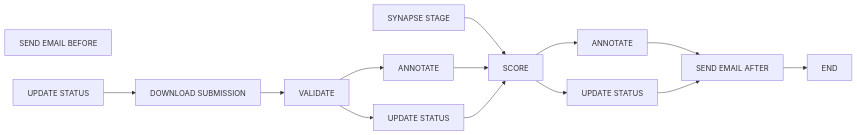
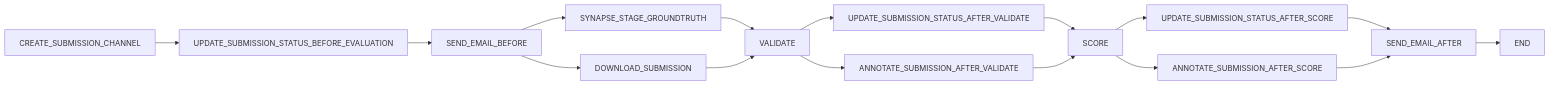
One commit to mdsage1/nf-synapse-challenge changed the second of 2 diagrams in README.md. Above: the diagram before and after it, drawn with Mermaid. The commit also changed other lines of this file and 8 other files, not shown here.

First line of the commit message:
[DPE-1267] reintroduce send_email_before (#48)

````diff
--- a/README.md
+++ b/README.md
@@ -260,16 +203,28 @@
 ```mermaid
-  flowchart LR;
-    L[SEND EMAIL BEFORE];
-    A[SYNAPSE STAGE]-->G[SCORE];
-    B[UPDATE STATUS]-->C[DOWNLOAD SUBMISSION];
-    C-->D[VALIDATE];
-    D-->E[ANNOTATE];
-    D-->F[UPDATE STATUS];
-    E-->G;
-    F-->G;
-    G-->H[ANNOTATE];
-    G-->I[UPDATE STATUS];
-    H-->J[SEND EMAIL AFTER];
-    I-->J;
-    J-->K[END];
+  flowchart LR
+    %% Phase 0 & 1: Setup & pre-email
+    A[CREATE_SUBMISSION_CHANNEL] --> B[UPDATE_SUBMISSION_STATUS_BEFORE_EVALUATION]
+    B --> C[SEND_EMAIL_BEFORE]
+
+    %% Phase 2: Data prep
+    C --> D[SYNAPSE_STAGE_GROUNDTRUTH]
+    C --> E[DOWNLOAD_SUBMISSION]
+
+    %% Phase 3: Validation
+    D --> F[VALIDATE]
+    E --> F
+    F --> G[UPDATE_SUBMISSION_STATUS_AFTER_VALIDATE]
+    F --> H[ANNOTATE_SUBMISSION_AFTER_VALIDATE]
+
+    %% Phase 4: Scoring
+    G --> I[SCORE]
+    H --> I
+    I --> J[UPDATE_SUBMISSION_STATUS_AFTER_SCORE]
+    I --> K[ANNOTATE_SUBMISSION_AFTER_SCORE]
+
+    %% Post-score email & end
+    J --> L[SEND_EMAIL_AFTER]
+    K --> L
+    L --> M[END]
+
 ```
````
